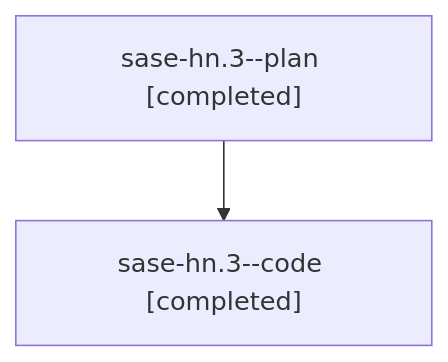
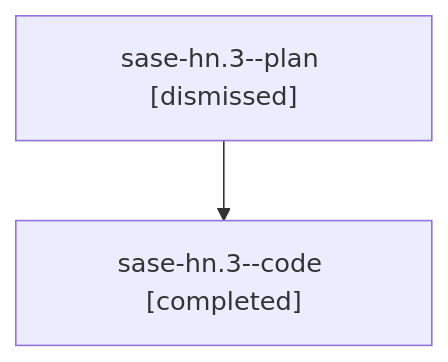
One commit to sase-org/sase--agents changed the diagram in families/bbugyi200.athena.sase-hn.3.md. Above: the diagram before and after it, drawn with Mermaid. The commit also changed other lines of this file and 2170 other files, not shown here.

````diff
--- a/families/bbugyi200.athena.sase-hn.3.md
+++ b/families/bbugyi200.athena.sase-hn.3.md
@@ -9,6 +9,6 @@
 ```mermaid
 flowchart TD
-  n0["sase-hn.3--plan [completed]"]
+  n0["sase-hn.3--plan [dismissed]"]
   n1["sase-hn.3--code [completed]"]
   n0 --> n1
 ```
````
